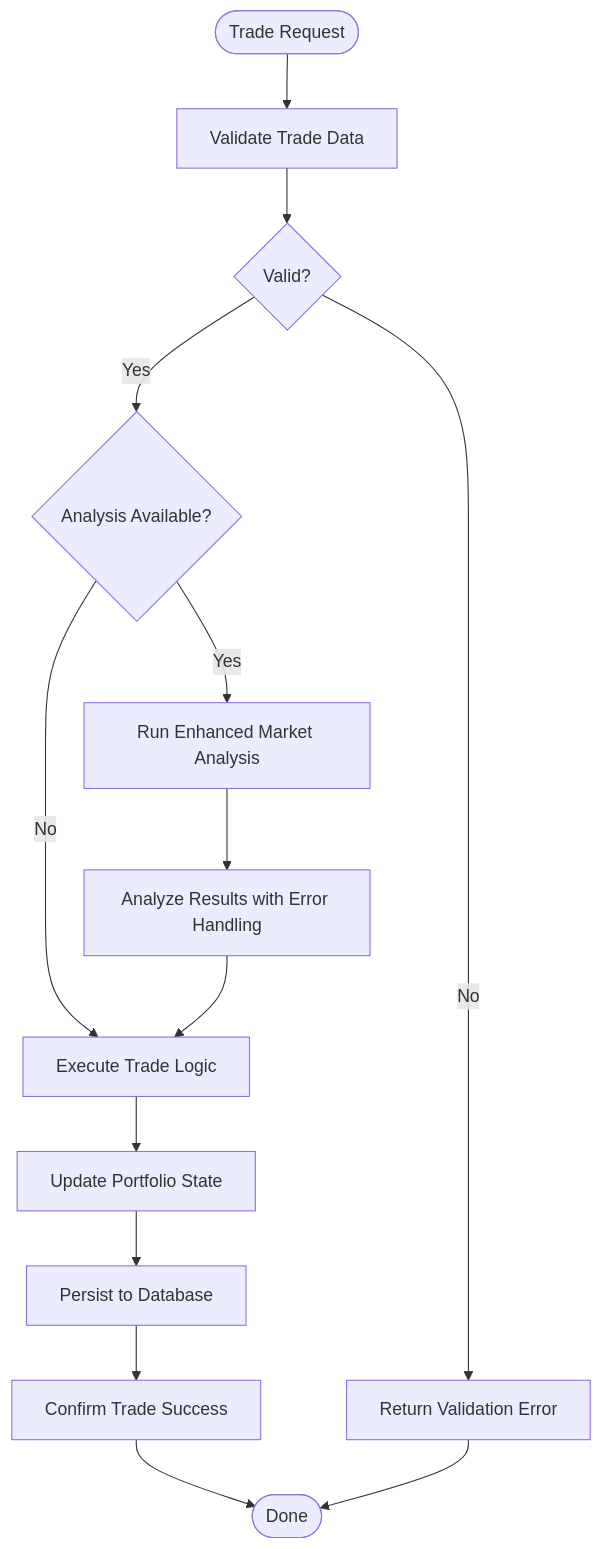
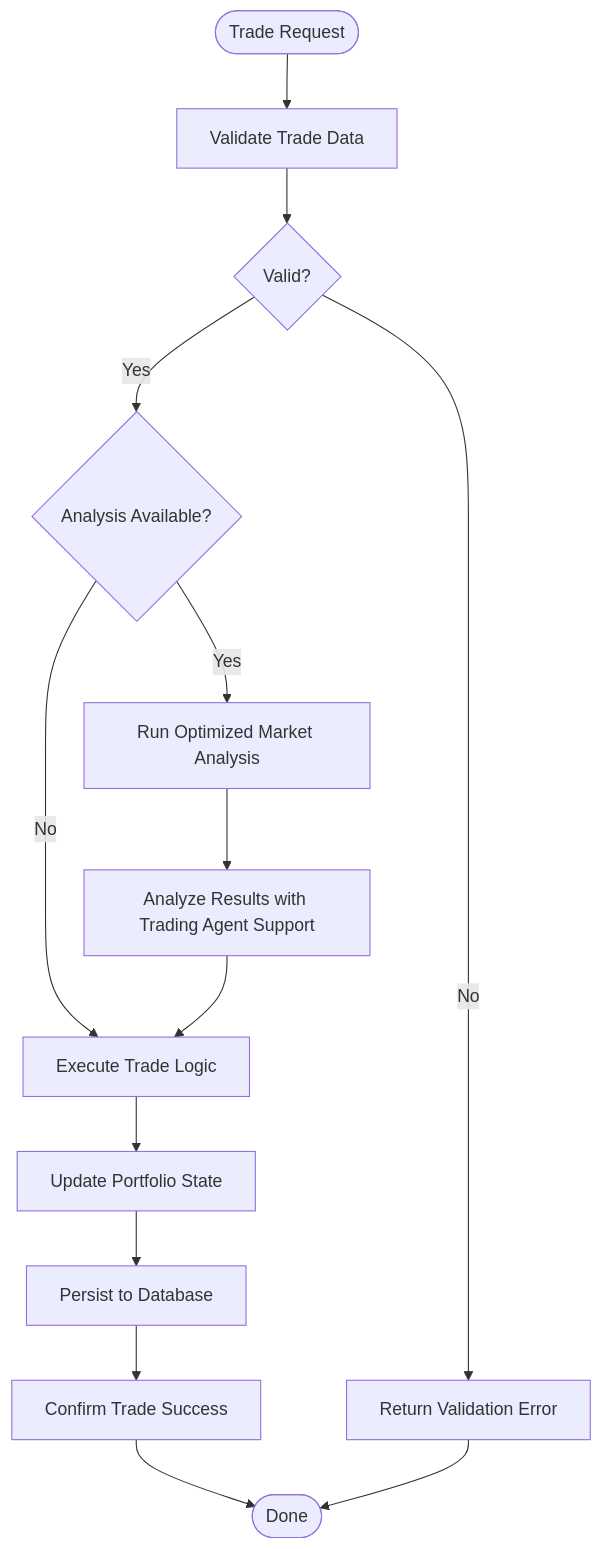
The seventh of 12 diagrams in .qoder/repowiki/en/content/Core Components/Analysis Framework.md (ZengSeng/telegram-bot), drawn with Mermaid before and after one commit. The commit also changed other lines of this file and 7 other files, not shown here.

````diff
--- a/.qoder/repowiki/en/content/Core Components/Analysis Framework.md
+++ b/.qoder/repowiki/en/content/Core Components/Analysis Framework.md
@@ -371,16 +353,16 @@
 ```mermaid
 flowchart TD
 Start(["Trade Request"]) --> Validate["Validate Trade Data"]
 Validate --> Valid{"Valid?"}
 Valid --> |No| Error["Return Validation Error"]
 Valid --> |Yes| CheckAnalysis{"Analysis Available?"}
-CheckAnalysis --> |Yes| RunAnalysis["Run Enhanced Market Analysis"]
+CheckAnalysis --> |Yes| RunAnalysis["Run Optimized Market Analysis"]
 CheckAnalysis --> |No| Execute["Execute Trade Logic"]
-RunAnalysis --> AnalyzeResult["Analyze Results with Error Handling"]
+RunAnalysis --> AnalyzeResult["Analyze Results with Trading Agent Support"]
 AnalyzeResult --> Execute["Execute Trade Logic"]
 Execute --> UpdatePortfolio["Update Portfolio State"]
 UpdatePortfolio --> Persist["Persist to Database"]
 Persist --> Confirm["Confirm Trade Success"]
 Confirm --> End(["Done"])
 Error --> End
 ```
````
